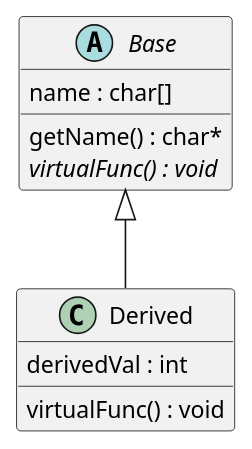
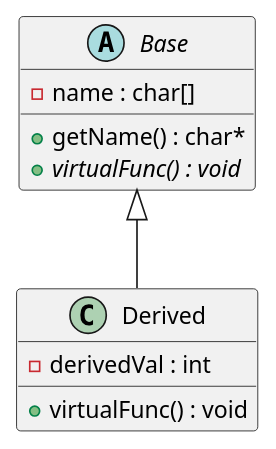
The diagram in model/oop-c-class-diagram.puml (dniklaus/lib.emb.oop-c-scheme), drawn with PlantUML before and after one commit.

Commit message:
add access specifiers to the class members

```diff
--- a/model/oop-c-class-diagram.puml
+++ b/model/oop-c-class-diagram.puml
@@ -1,16 +1,16 @@
 @startuml
 
 abstract class Base {
-  name : char[]
-  getName() : char*
-  {abstract} virtualFunc() : void
+  - name : char[]
+  + getName() : char*
+  + {abstract} virtualFunc() : void
 }
 
 class Derived {
-  derivedVal : int
-  virtualFunc() : void
+  - derivedVal : int
+  + virtualFunc() : void
 }
 
 Base <|-- Derived
 
 @enduml
```
